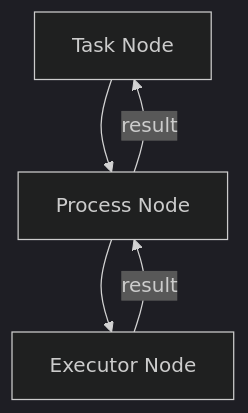
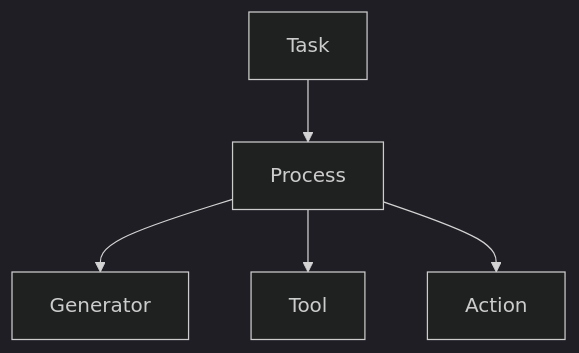
The diagram in fifth.md (laiyuanxiang/laiyuanxiang), drawn with Mermaid (dark theme) before and after one commit. The commit also changed other lines of this file, not shown here.

````diff
--- a/fifth.md
+++ b/fifth.md
@@ -196,13 +128,15 @@
 ```mermaid
 graph TD
 
-TaskNode[Task Node]
-ProcessNode[Process Node]
-ExecutorNode[Executor Node]
+Task[Task]
+Process[Process]
 
-TaskNode --> ProcessNode
-ProcessNode --> ExecutorNode
+Generator[Generator]
+Tool[Tool]
+Action[Action]
 
-ExecutorNode -->|result| ProcessNode
-ProcessNode -->|result| TaskNode
+Task --> Process
+Process --> Generator
+Process --> Tool
+Process --> Action
 ```
````
